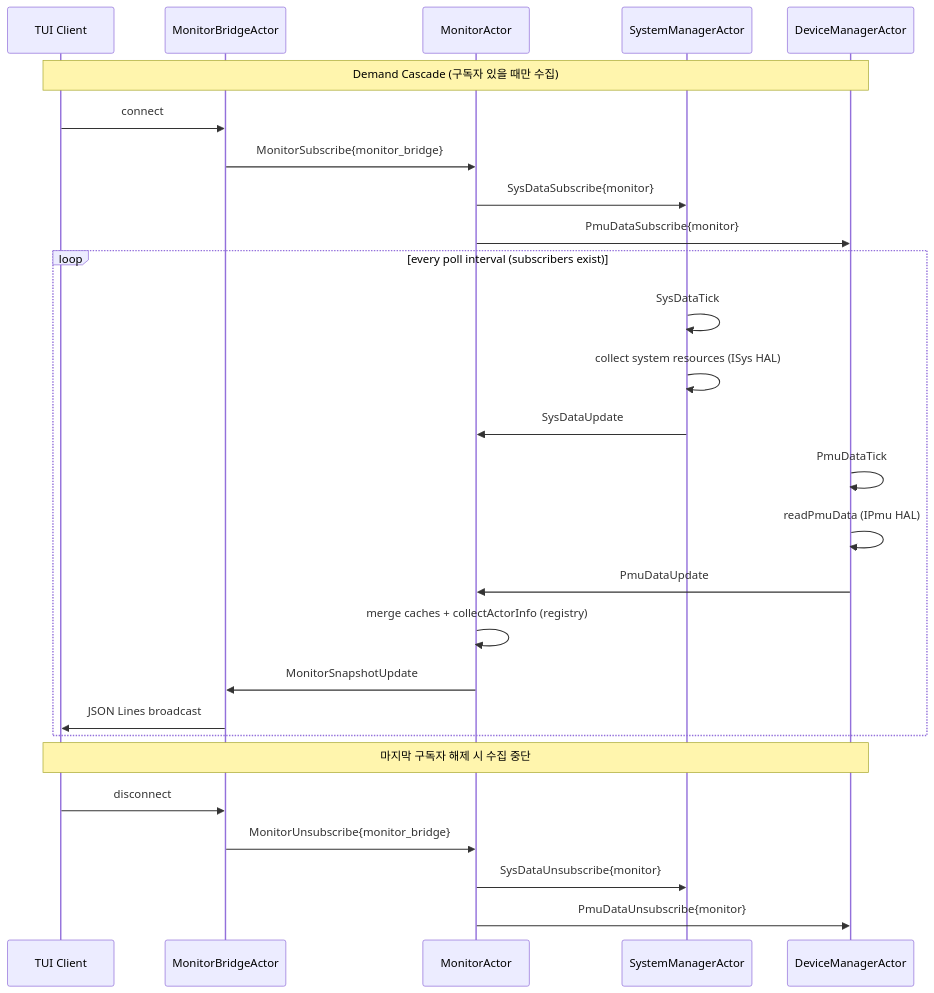
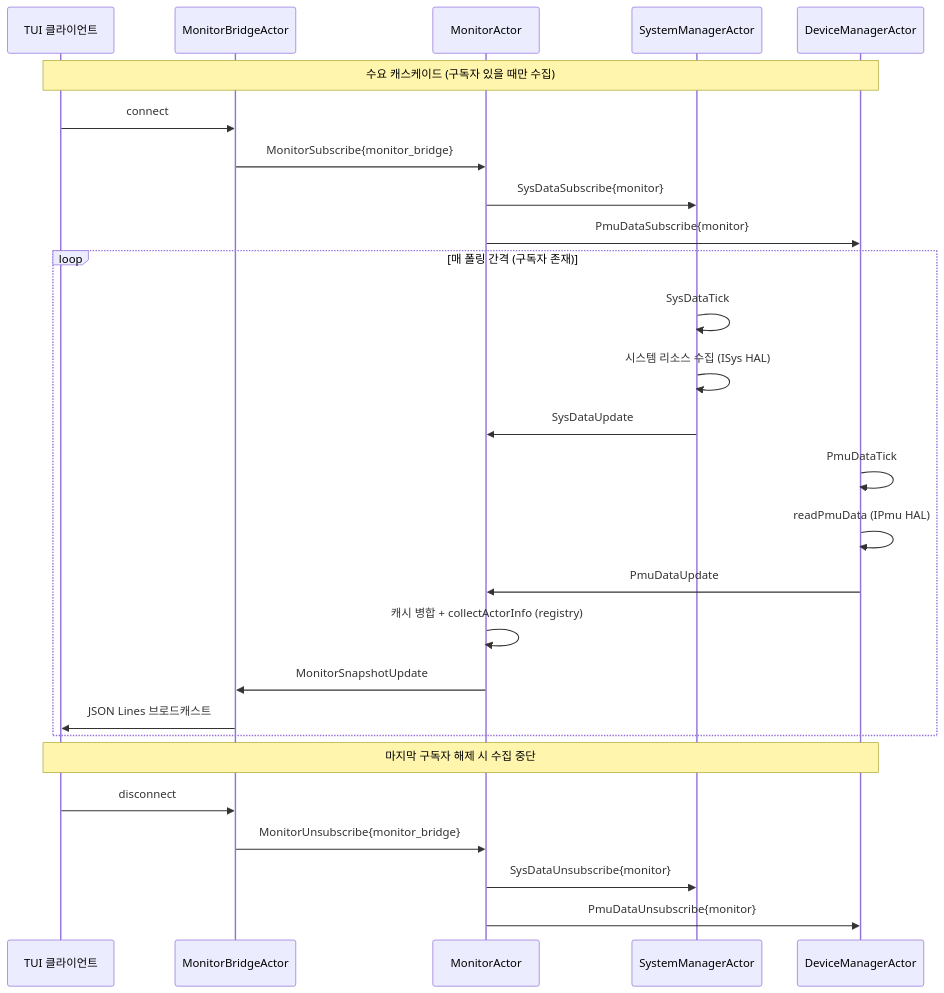
The seventh of 9 diagrams in README.md (shoenkh15324/V2-Engine), drawn with Mermaid before and after one commit. The commit also changed other lines of this file and 5 other files, not shown here.

````diff
--- a/README.md
+++ b/README.md
@@ -424,32 +426,32 @@
 ```mermaid
 sequenceDiagram
-    participant CLI as TUI Client
+    participant CLI as TUI 클라이언트
     participant BR as MonitorBridgeActor
     participant Mon as MonitorActor
     participant SYS as SystemManagerActor
     participant PMU as DeviceManagerActor
 
-    Note over CLI,PMU: Demand Cascade (구독자 있을 때만 수집)
+    Note over CLI,PMU: 수요 캐스케이드 (구독자 있을 때만 수집)
     CLI->>BR: connect
     BR->>Mon: MonitorSubscribe{monitor_bridge}
     Mon->>SYS: SysDataSubscribe{monitor}
     Mon->>PMU: PmuDataSubscribe{monitor}
 
-    loop every poll interval (subscribers exist)
+    loop 매 폴링 간격 (구독자 존재)
         SYS->>SYS: SysDataTick
-        SYS->>SYS: collect system resources (ISys HAL)
+        SYS->>SYS: 시스템 리소스 수집 (ISys HAL)
         SYS->>Mon: SysDataUpdate
         PMU->>PMU: PmuDataTick
         PMU->>PMU: readPmuData (IPmu HAL)
         PMU->>Mon: PmuDataUpdate
-        Mon->>Mon: merge caches + collectActorInfo (registry)
+        Mon->>Mon: 캐시 병합 + collectActorInfo (registry)
         Mon->>BR: MonitorSnapshotUpdate
-        BR->>CLI: JSON Lines broadcast
+        BR->>CLI: JSON Lines 브로드캐스트
     end
 
     Note over CLI,PMU: 마지막 구독자 해제 시 수집 중단
     CLI->>BR: disconnect
     BR->>Mon: MonitorUnsubscribe{monitor_bridge}
     Mon->>SYS: SysDataUnsubscribe{monitor}
     Mon->>PMU: PmuDataUnsubscribe{monitor}
 ```
````
